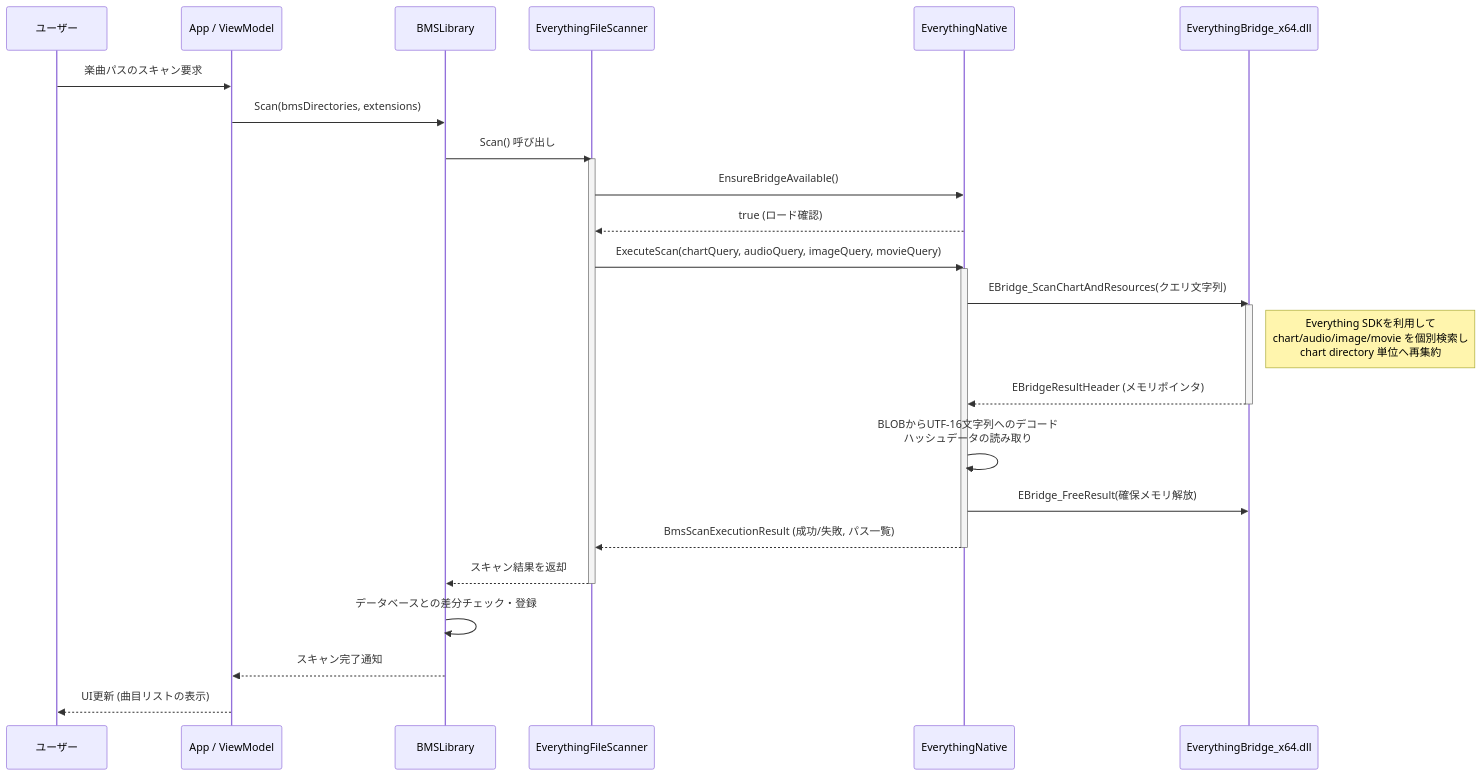
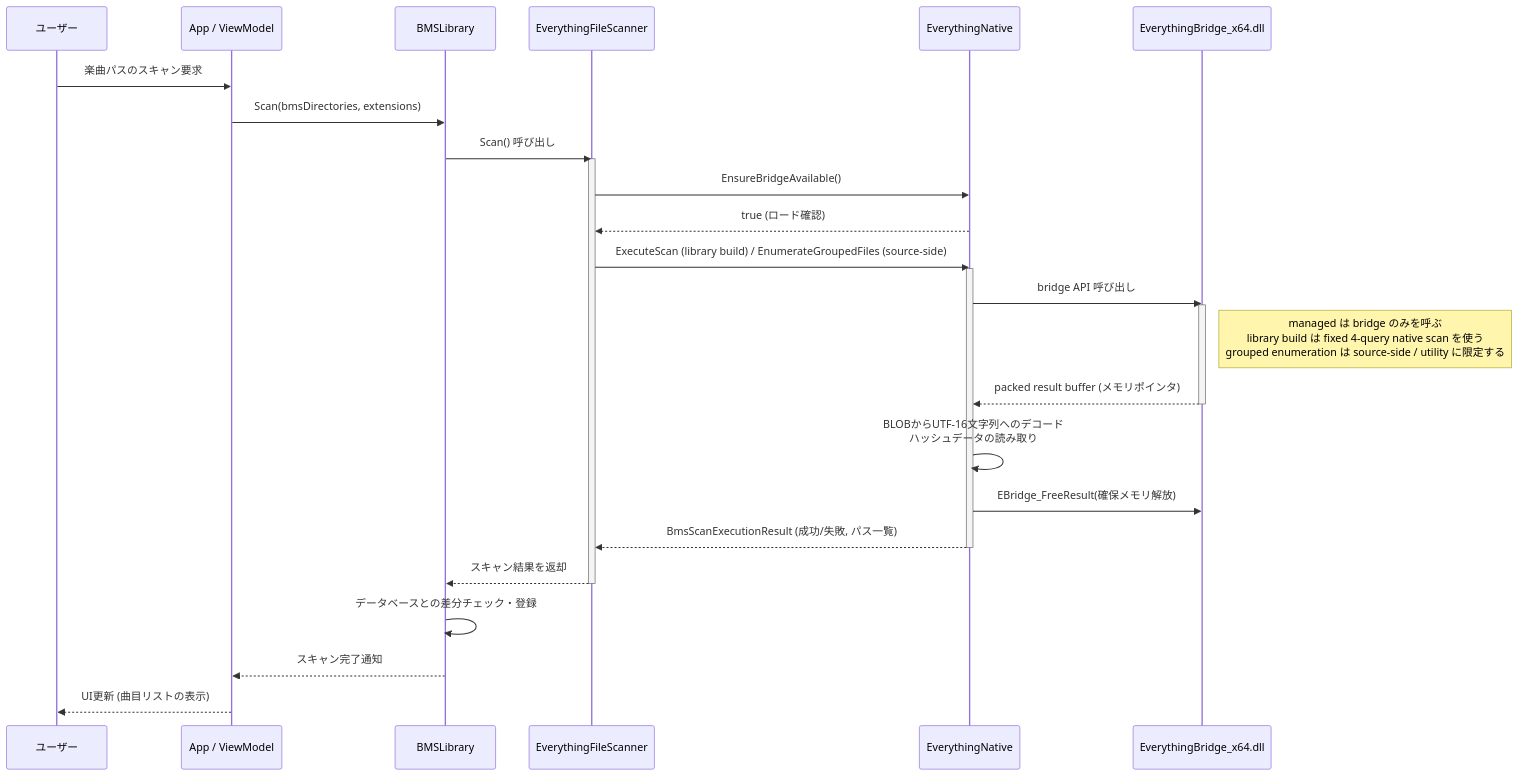
The second of 2 diagrams in devdocs/spec/TECH_SPEC.ja.md (Neeted/bemusicseeker-unofficial-fork), drawn with Mermaid before and after one commit. The commit also changed other lines of this file and 25 other files, not shown here.

Commit message:
Restore fixed-scan library build and bridge-only enumeration foundation

````diff
--- a/devdocs/spec/TECH_SPEC.ja.md
+++ b/devdocs/spec/TECH_SPEC.ja.md
@@ -57,40 +57,40 @@
 ```mermaid
 sequenceDiagram
     participant User as ユーザー
     participant App as App / ViewModel
     participant BMSLib as BMSLibrary
     participant EScanner as EverythingFileScanner
     participant ENative as EverythingNative
     participant EBridge as EverythingBridge_x64.dll
     
     User->>App: 楽曲パスのスキャン要求
     App->>BMSLib: Scan(bmsDirectories, extensions)
     
     BMSLib->>EScanner: Scan() 呼び出し
     activate EScanner
     
     EScanner->>ENative: EnsureBridgeAvailable()
     ENative-->>EScanner: true (ロード確認)
     
-    EScanner->>ENative: ExecuteScan(chartQuery, audioQuery, imageQuery, movieQuery)
+    EScanner->>ENative: ExecuteScan (library build) / EnumerateGroupedFiles (source-side)
     activate ENative
     
-    ENative->>EBridge: EBridge_ScanChartAndResources(クエリ文字列)
+    ENative->>EBridge: bridge API 呼び出し
     activate EBridge
-    Note right of EBridge: Everything SDKを利用して<br/>chart/audio/image/movie を個別検索し<br/>chart directory 単位へ再集約
-    EBridge-->>ENative: EBridgeResultHeader (メモリポインタ)
+    Note right of EBridge: managed は bridge のみを呼ぶ<br/>library build は fixed 4-query native scan を使う<br/>grouped enumeration は source-side / utility に限定する
+    EBridge-->>ENative: packed result buffer (メモリポインタ)
     deactivate EBridge
     
     ENative->>ENative: BLOBからUTF-16文字列へのデコード<br/>ハッシュデータの読み取り
     ENative->>EBridge: EBridge_FreeResult(確保メモリ解放)
     
     ENative-->>EScanner: BmsScanExecutionResult (成功/失敗, パス一覧)
     deactivate ENative
     
     EScanner-->>BMSLib: スキャン結果を返却
     deactivate EScanner
     
     BMSLib->>BMSLib: データベースとの差分チェック・登録
     BMSLib-->>App: スキャン完了通知
     App-->>User: UI更新 (曲目リストの表示)
 ```
````
